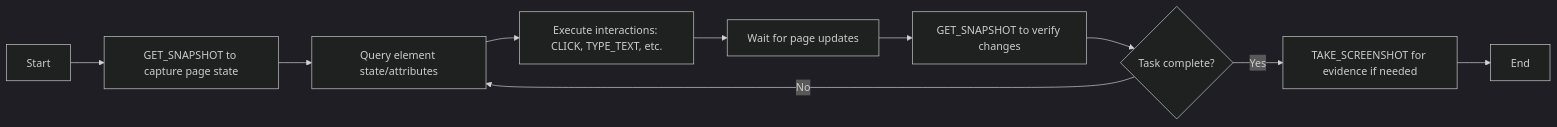
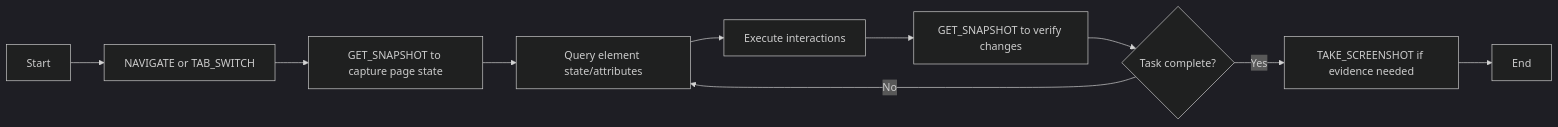
Before and after one commit to litingyes/browser-pilot: the diagram in skills/built-in/SKILL.md, drawn with Mermaid (dark theme). The commit also changed other lines of this file and 17 other files, not shown here.

````diff
--- a/skills/built-in/SKILL.md
+++ b/skills/built-in/SKILL.md
@@ -32,12 +33,12 @@
 ```mermaid
 flowchart LR
-    A[Start] --> B[GET_SNAPSHOT to capture page state]
-    B --> C[Query element state/attributes]
-    C --> D[Execute interactions: CLICK, TYPE_TEXT, etc.]
-    D --> E[Wait for page updates]
+    A[Start] --> B[NAVIGATE or TAB_SWITCH]
+    B --> C[GET_SNAPSHOT to capture page state]
+    C --> D[Query element state/attributes]
+    D --> E[Execute interactions]
     E --> F[GET_SNAPSHOT to verify changes]
     F --> G{Task complete?}
-    G -->|No| C
-    G -->|Yes| H[TAKE_SCREENSHOT for evidence if needed]
+    G -->|No| D
+    G -->|Yes| H[TAKE_SCREENSHOT if evidence needed]
     H --> I[End]
 ```
````
